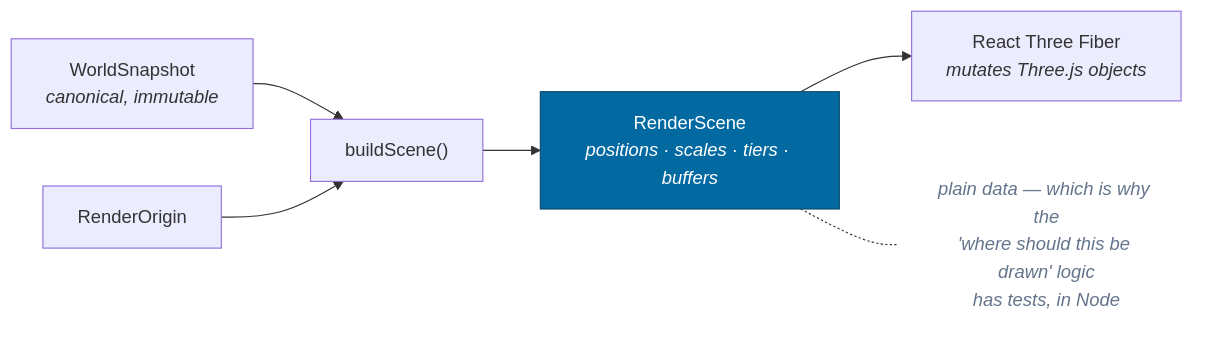
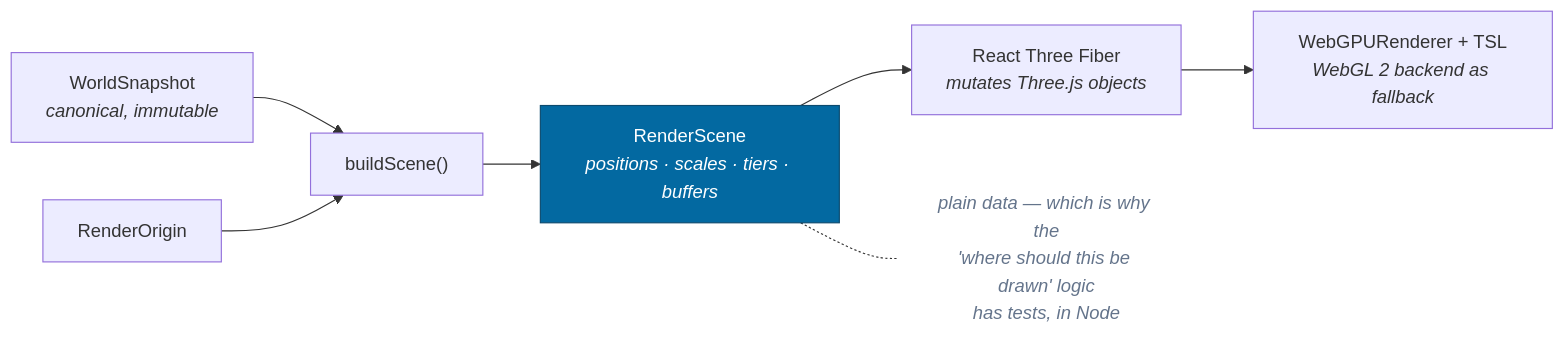
Before and after one commit to jonjaques/inertialref: the first of 8 diagrams in docs/concepts/rendering.md, drawn with Mermaid. The commit also changed other lines of this file and 32 other files, not shown here.

````diff
--- a/docs/concepts/rendering.md
+++ b/docs/concepts/rendering.md
@@ -20,12 +20,13 @@
 ```mermaid
 flowchart LR
     SNAP["WorldSnapshot<br/><i>canonical, immutable</i>"] --> BUILD["buildScene()"]
     ORIGIN["RenderOrigin"] --> BUILD
     BUILD --> SCENE["RenderScene<br/><i>positions · scales · tiers · buffers</i>"]
     SCENE --> R3F["React Three Fiber<br/><i>mutates Three.js objects</i>"]
+    R3F --> GPU["WebGPURenderer + TSL<br/><i>WebGL 2 backend as fallback</i>"]
 
     SCENE -.- NOTE["plain data — which is why the<br/>'where should this be drawn' logic<br/>has tests, in Node"]
     classDef note fill:none,stroke:none,color:#64748b,font-style:italic
     class NOTE note
     style SCENE fill:#0369a1,stroke:#0c4a6e,color:#fff
 ```
````
